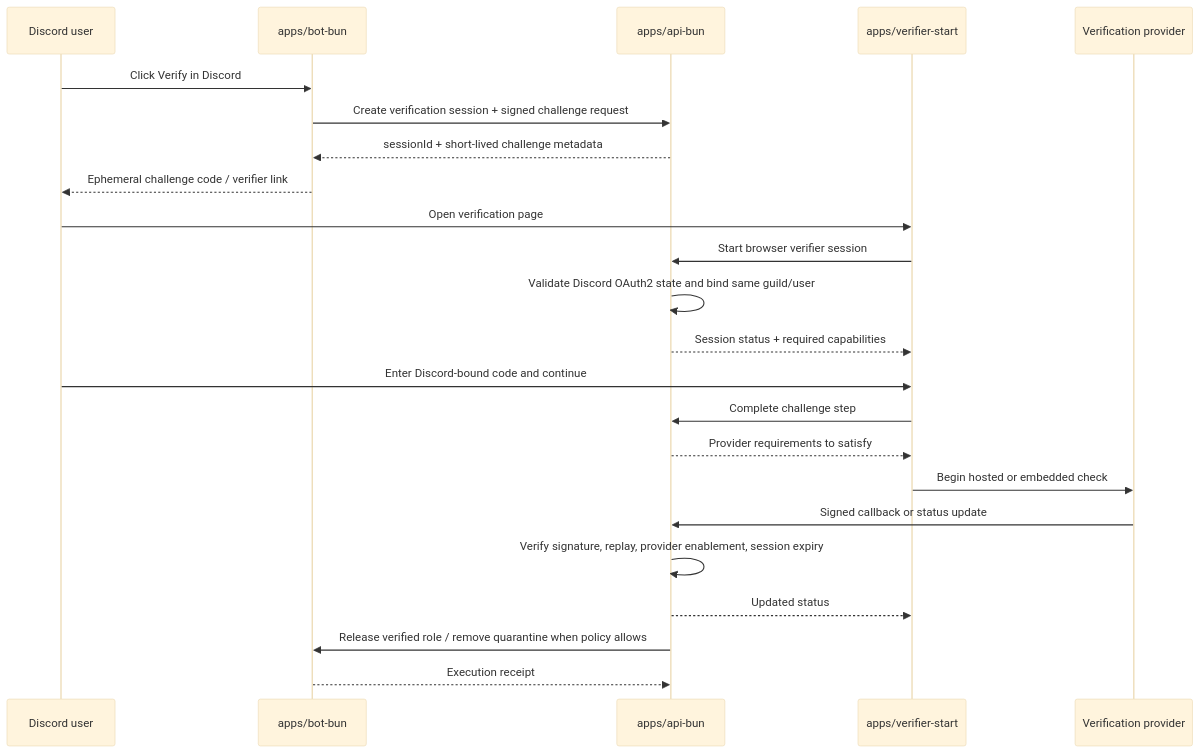
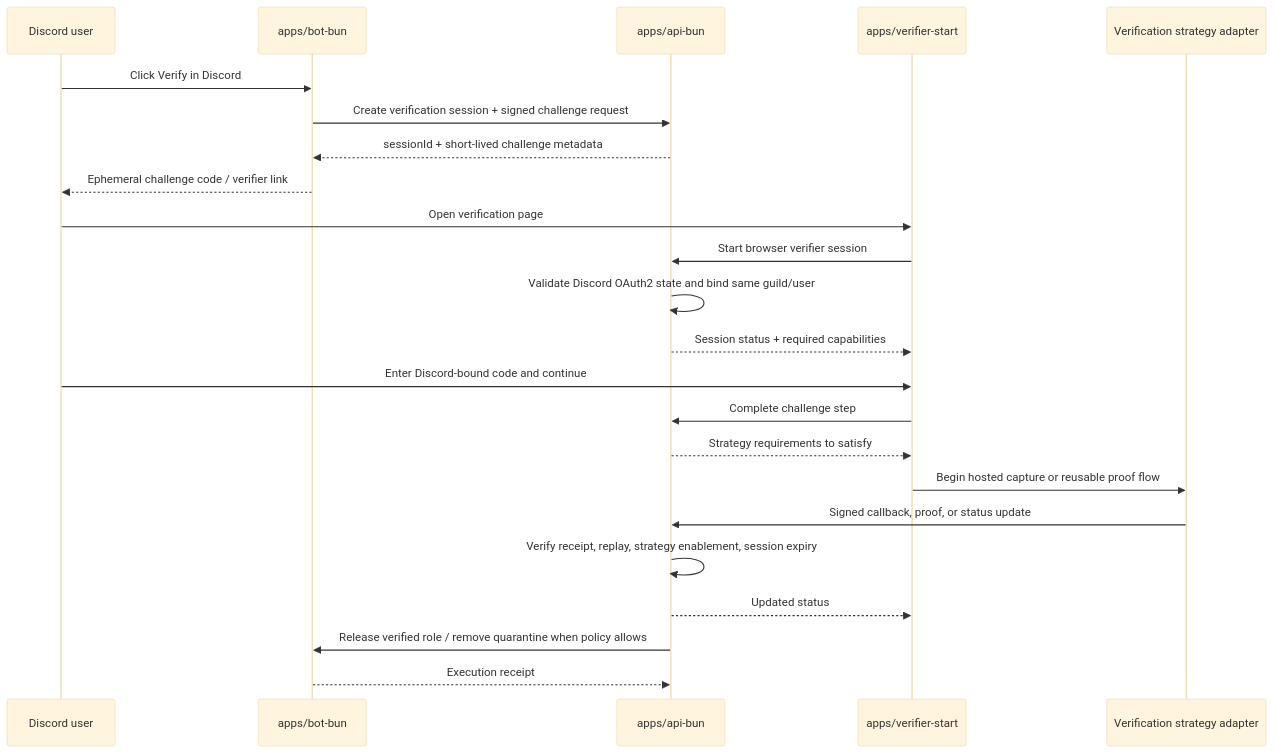
Before and after one commit to Yeusepe/humanify: the first of 3 diagrams in docs/verification.md, drawn with Mermaid (base theme). The commit also changed other lines of this file and 35 other files, not shown here.

````diff
--- a/docs/verification.md
+++ b/docs/verification.md
@@ -65,26 +73,26 @@
 ```mermaid
 sequenceDiagram
   participant User as Discord user
   participant Bot as apps/bot-bun
   participant API as apps/api-bun
   participant Verifier as apps/verifier-start
-  participant Provider as Verification provider
+  participant Strategy as Verification strategy adapter
 
   User->>Bot: Click Verify in Discord
   Bot->>API: Create verification session + signed challenge request
   API-->>Bot: sessionId + short-lived challenge metadata
   Bot-->>User: Ephemeral challenge code / verifier link
   User->>Verifier: Open verification page
   Verifier->>API: Start browser verifier session
   API->>API: Validate Discord OAuth2 state and bind same guild/user
   API-->>Verifier: Session status + required capabilities
   User->>Verifier: Enter Discord-bound code and continue
   Verifier->>API: Complete challenge step
-  API-->>Verifier: Provider requirements to satisfy
-  Verifier->>Provider: Begin hosted or embedded check
-  Provider->>API: Signed callback or status update
-  API->>API: Verify signature, replay, provider enablement, session expiry
+  API-->>Verifier: Strategy requirements to satisfy
+  Verifier->>Strategy: Begin hosted capture or reusable proof flow
+  Strategy->>API: Signed callback, proof, or status update
+  API->>API: Verify receipt, replay, strategy enablement, session expiry
   API-->>Verifier: Updated status
   API->>Bot: Release verified role / remove quarantine when policy allows
   Bot-->>API: Execution receipt
 ```
````
